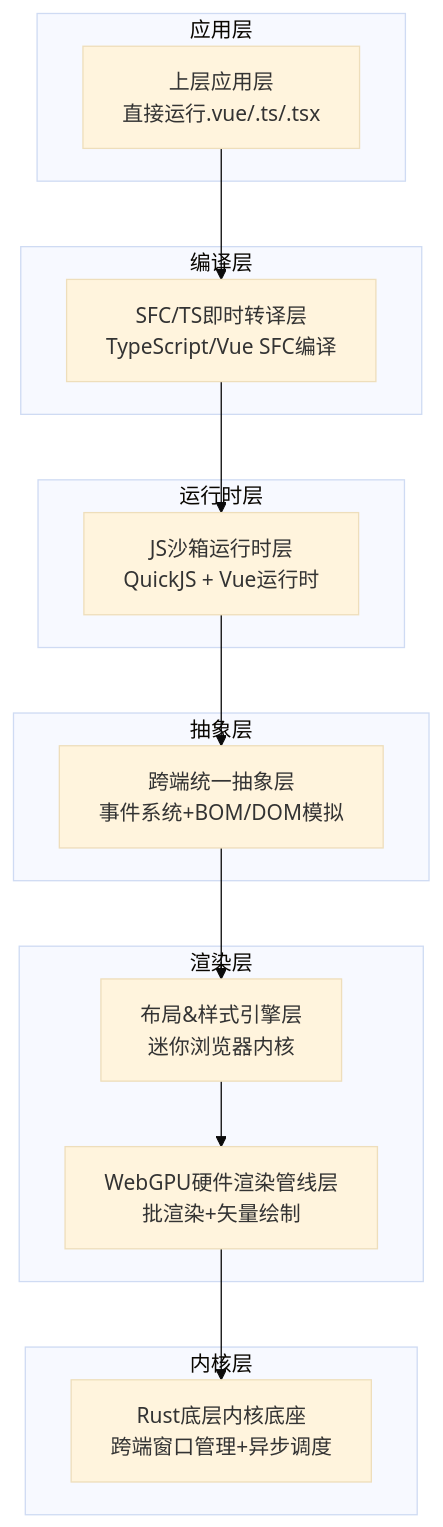
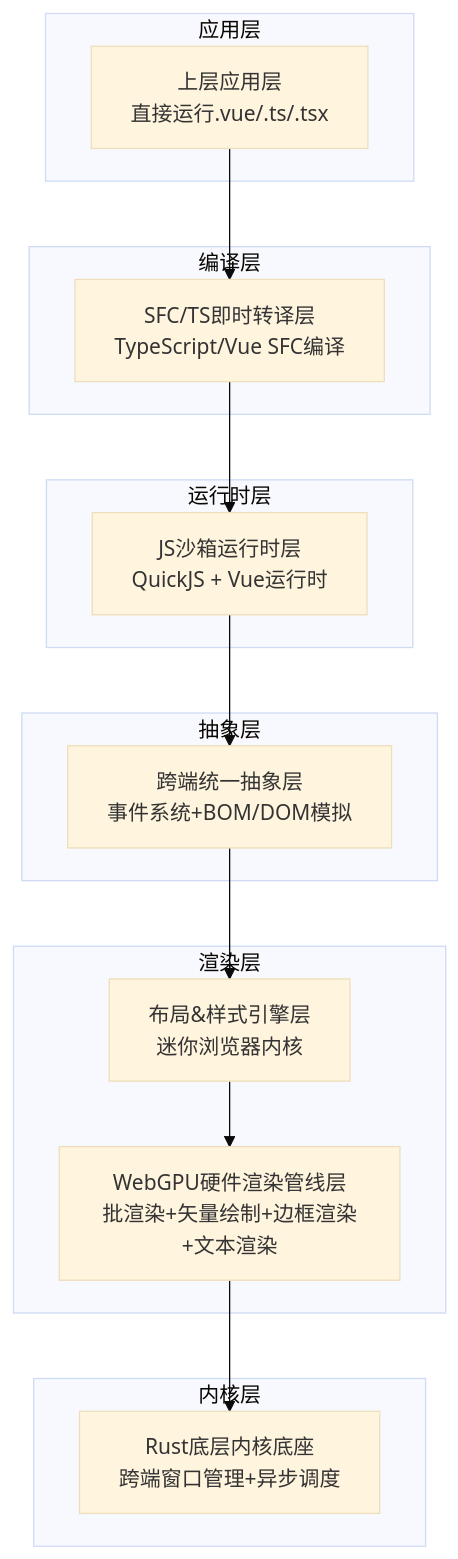
Before and after one commit to itszzl-sudo/iris: the first of 19 diagrams in .qoder/repowiki/zh/content/核心功能特性/自研浏览器级渲染能力.md, drawn with Mermaid (base theme). The commit also changed other lines of this file and 4 other files, not shown here.

````diff
--- a/.qoder/repowiki/zh/content/核心功能特性/自研浏览器级渲染能力.md
+++ b/.qoder/repowiki/zh/content/核心功能特性/自研浏览器级渲染能力.md
@@ -35,23 +48,23 @@
 ```mermaid
 graph TB
 subgraph "应用层"
 App[上层应用层<br/>直接运行.vue/.ts/.tsx]
 end
 subgraph "编译层"
 SFC[SFC/TS即时转译层<br/>TypeScript/Vue SFC编译]
 end
 subgraph "运行时层"
 JS[JS沙箱运行时层<br/>QuickJS + Vue运行时]
 end
 subgraph "抽象层"
 Cross[跨端统一抽象层<br/>事件系统+BOM/DOM模拟]
 end
 subgraph "渲染层"
 Layout[布局&样式引擎层<br/>迷你浏览器内核]
-GPU[WebGPU硬件渲染管线层<br/>批渲染+矢量绘制]
+GPU[WebGPU硬件渲染管线层<br/>批渲染+矢量绘制+边框渲染+文本渲染]
 end
 subgraph "内核层"
 Kernel[Rust底层内核底座<br/>跨端窗口管理+异步调度]
 end
 App --> SFC --> JS --> Cross --> Layout --> GPU --> Kernel
 ```
````
